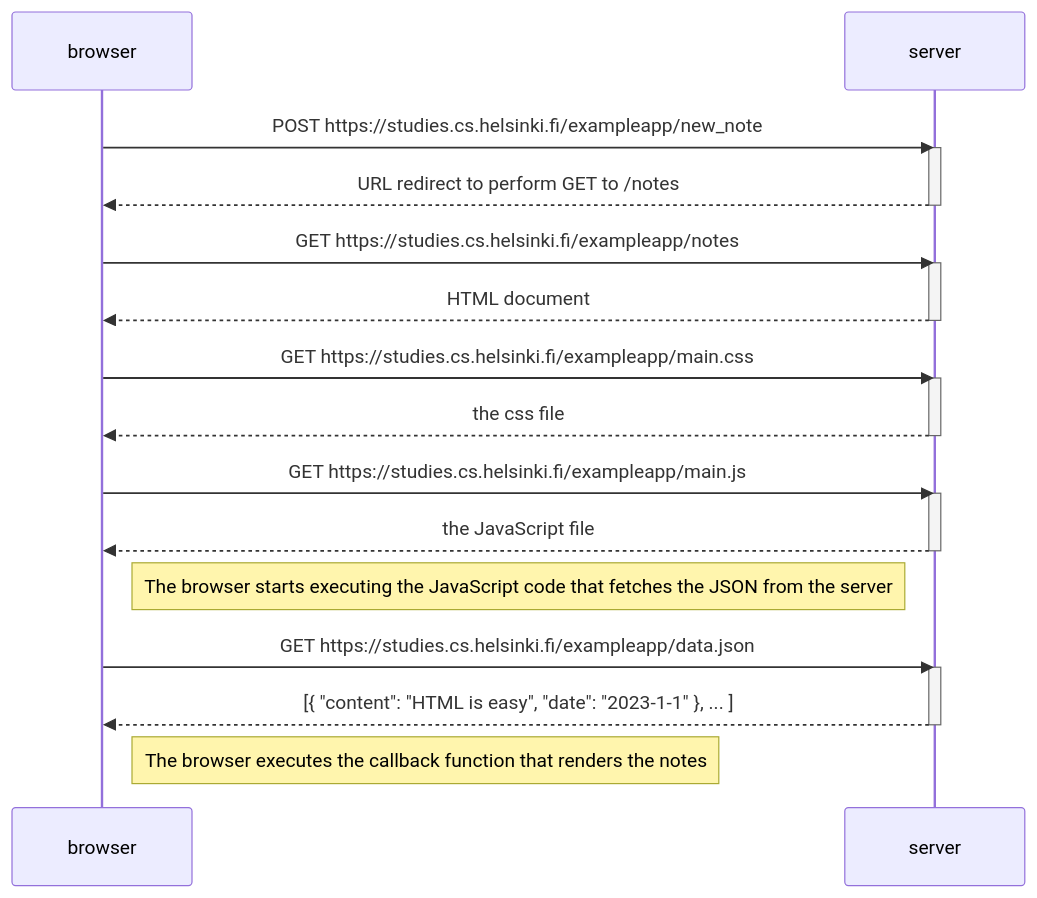
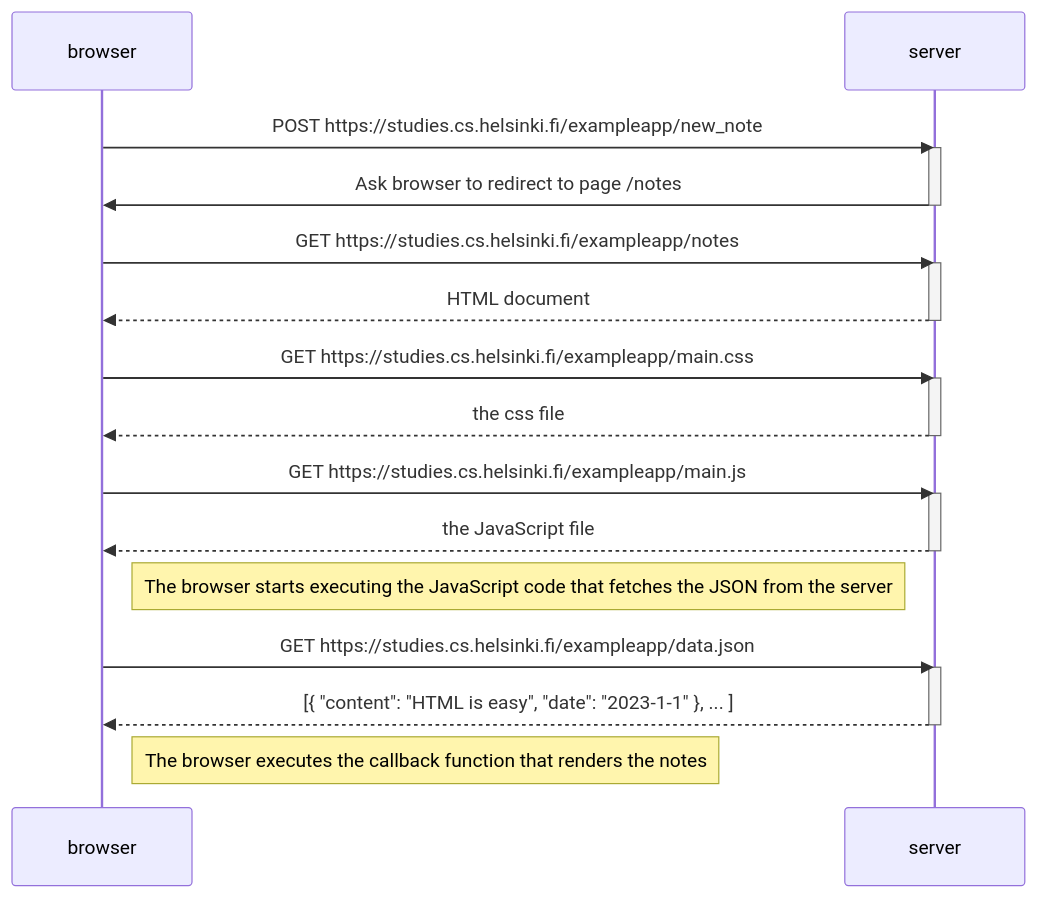
One commit to maariatiiri/fso_pt0 changed the diagram in 4.md. Above: the diagram before and after it, drawn with Mermaid.

````diff
--- a/4.md
+++ b/4.md
@@ -1,34 +1,34 @@
 ```mermaid
 sequenceDiagram
     participant browser
     participant server
 
     browser->>server: POST https://studies.cs.helsinki.fi/exampleapp/new_note
     activate server
-    server-->>browser: URL redirect to perform GET to /notes
+    server->>browser: Ask browser to redirect to page /notes
     deactivate server
 
     browser->>server: GET https://studies.cs.helsinki.fi/exampleapp/notes
     activate server
     server-->>browser: HTML document
     deactivate server
 
     browser->>server: GET https://studies.cs.helsinki.fi/exampleapp/main.css
     activate server
     server-->>browser: the css file
     deactivate server
 
     browser->>server: GET https://studies.cs.helsinki.fi/exampleapp/main.js
     activate server
     server-->>browser: the JavaScript file
     deactivate server
 
     Note right of browser: The browser starts executing the JavaScript code that fetches the JSON from the server
 
     browser->>server: GET https://studies.cs.helsinki.fi/exampleapp/data.json
     activate server
     server-->>browser: [{ "content": "HTML is easy", "date": "2023-1-1" }, ... ]
     deactivate server
 
     Note right of browser: The browser executes the callback function that renders the notes
 ```
````
